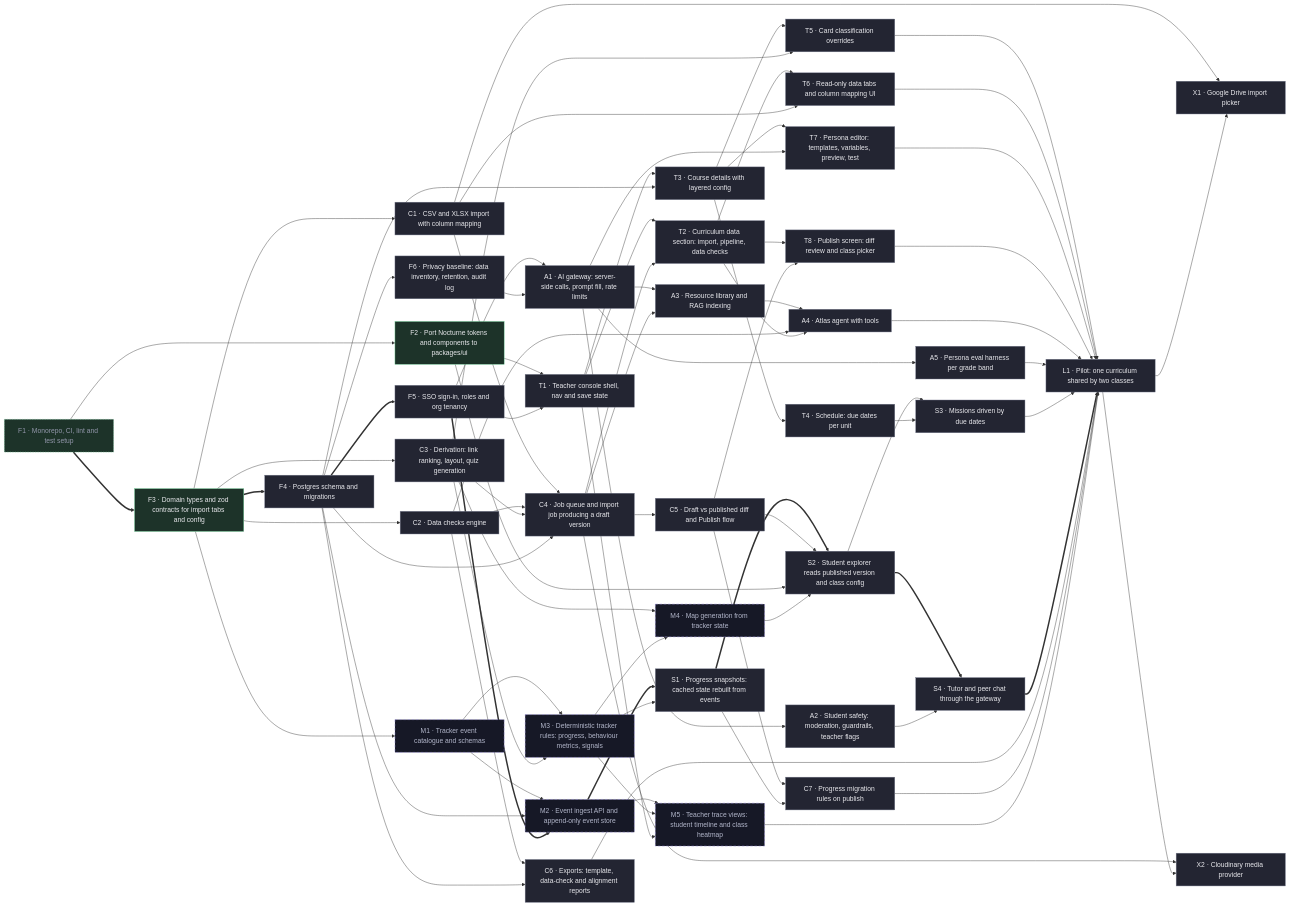
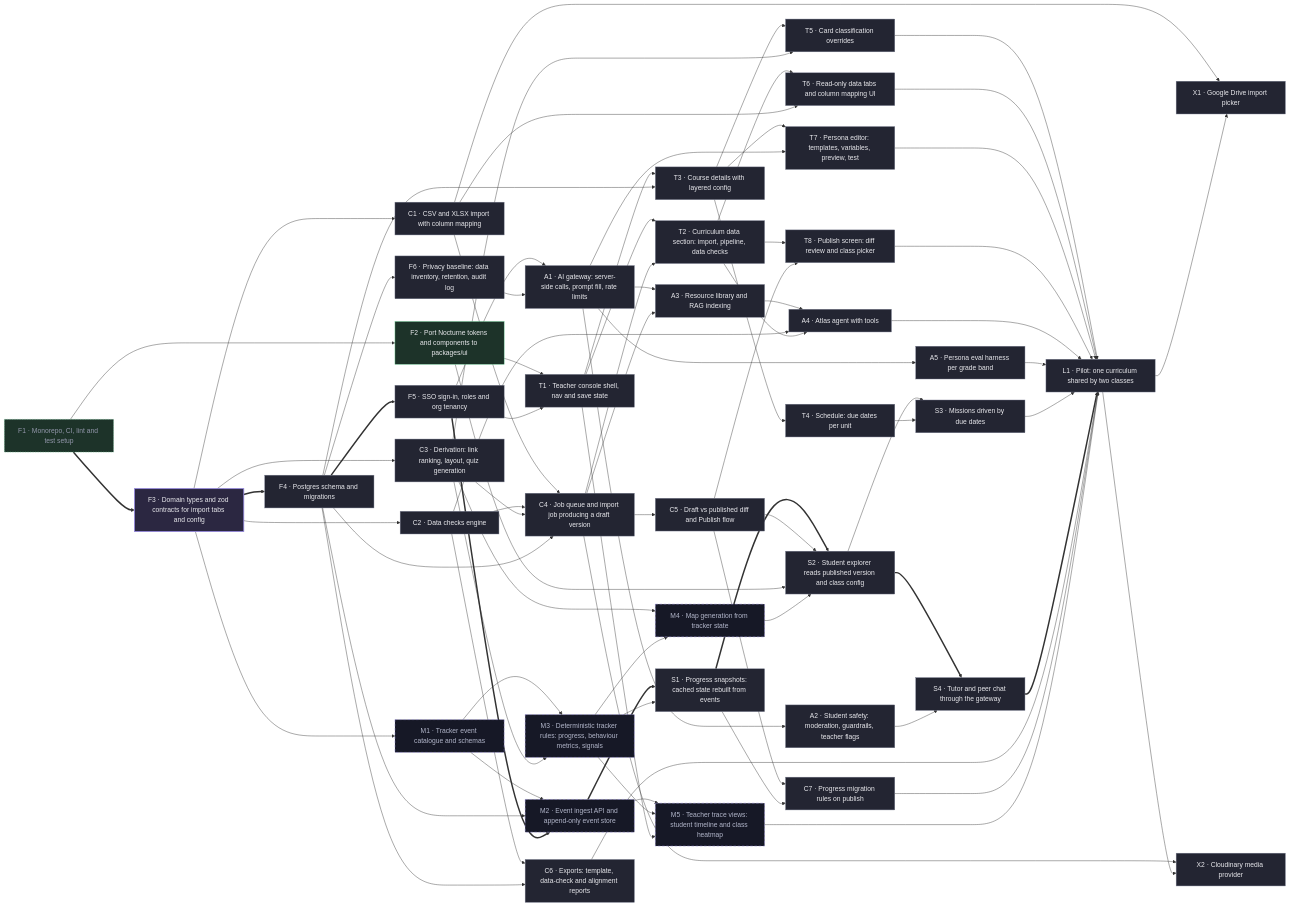
The diagram in docs/PLAN.md (tenkevin/mind-your-tutor), drawn with Mermaid before and after one commit. The commit also changed other lines of this file and 1 other file, not shown here.

````diff
--- a/docs/PLAN.md
+++ b/docs/PLAN.md
@@ -201,7 +201,8 @@
   classDef done fill:#1d3329,stroke:#6fcf97,color:#9397ab,stroke-dasharray:3 3
   classDef spec fill:#161826,stroke:#968ae0,color:#b2b6ca,stroke-dasharray:6 4
   class F4,F5,F6,C1,C2,C3,C4,C5,C6,C7,T1,T2,T3,T4,T5,T6,T7,T8,A1,A2,A3,A4,A5,S1,S2,S3,S4,L1,X1,X2 todo
+  class F3 doing
   class F1 done
-  class F2,F3 ready
+  class F2 ready
   class M1,M2,M3,M4,M5 spec
 ```
````
